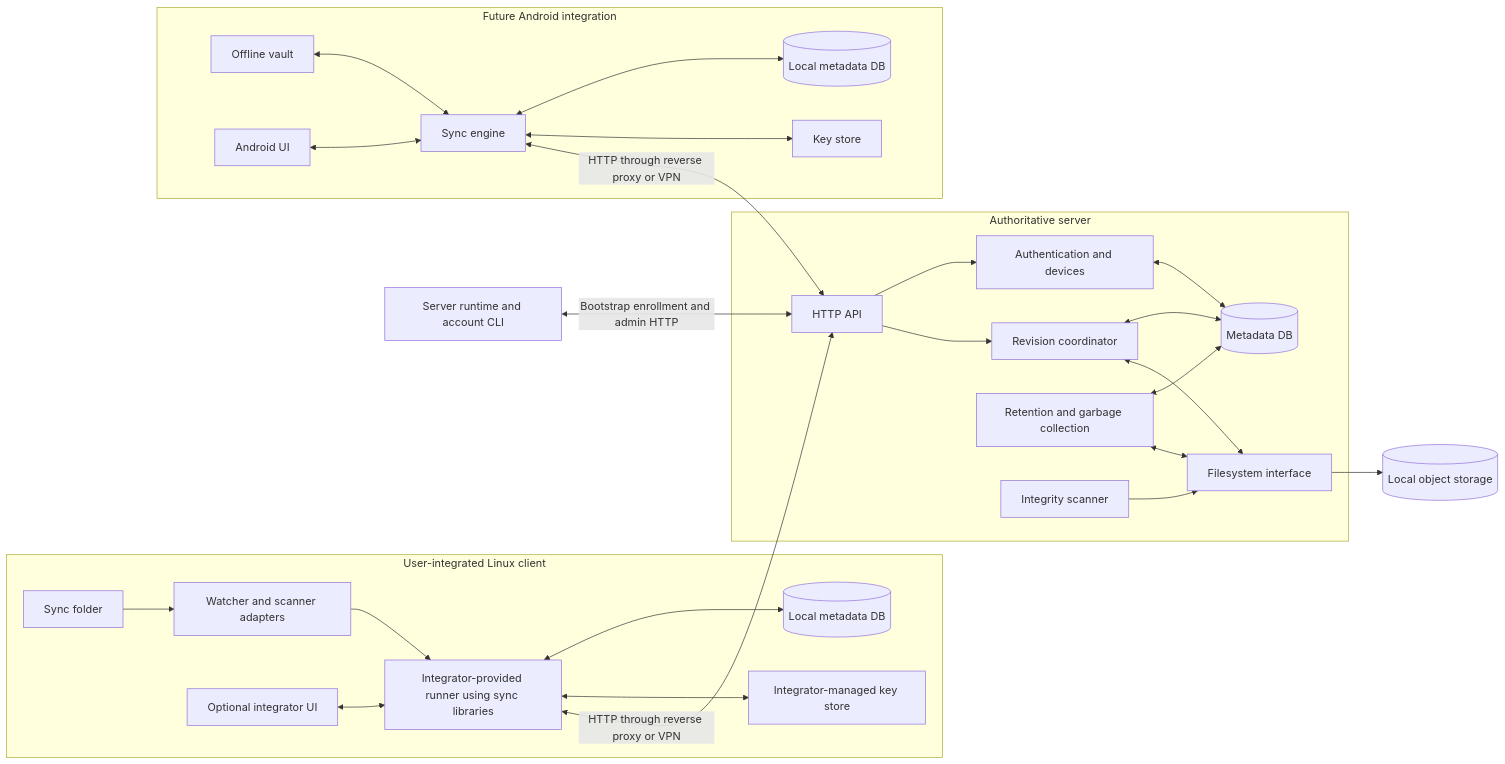
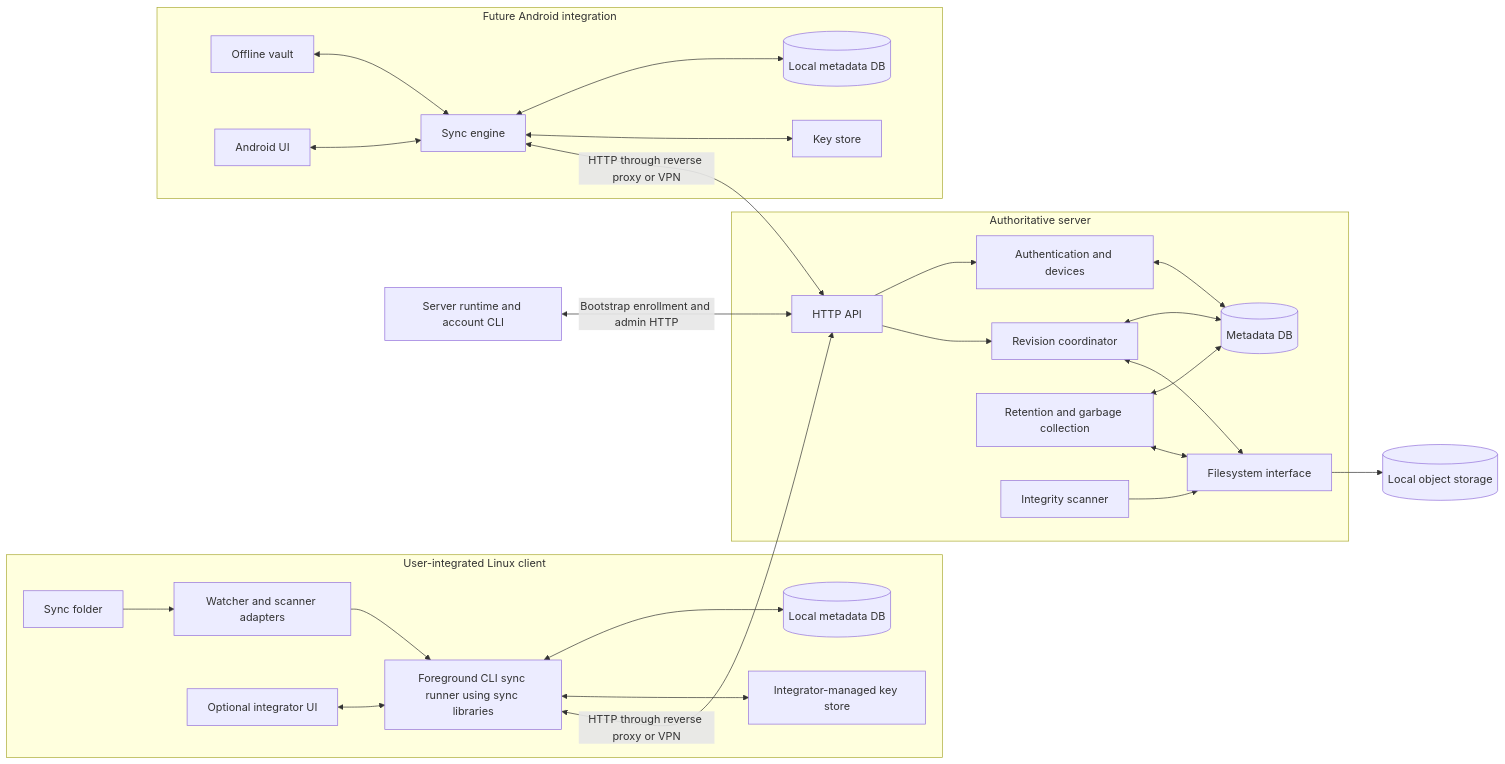
Before and after one commit to FireSquid6/nanosync: the first of 2 diagrams in docs/architecture.md, drawn with Mermaid. The commit also changed other lines of this file and 14 other files, not shown here.

Commit message:
Add foreground one-shot and continuous CLI synchronization

````diff
--- a/docs/architecture.md
+++ b/docs/architecture.md
@@ -7,50 +7,50 @@
 ```mermaid
 flowchart LR
     subgraph Linux[User-integrated Linux client]
         LF[Sync folder]
         LW[Watcher and scanner adapters]
-        LE[Integrator-provided runner using sync libraries]
+        LE[Foreground CLI sync runner using sync libraries]
         LD[(Local metadata DB)]
         LK[Integrator-managed key store]
         LU[Optional integrator UI]
         LF --> LW --> LE
         LE <--> LD
         LE <--> LK
         LU <--> LE
     end
 
     subgraph Android[Future Android integration]
         AF[Offline vault]
         AE[Sync engine]
         AD[(Local metadata DB)]
         AK[Key store]
         AU[Android UI]
         AF <--> AE
         AE <--> AD
         AE <--> AK
         AU <--> AE
     end
 
     subgraph Server[Authoritative server]
         API[HTTP API]
         AUTH[Authentication and devices]
         COORD[Revision coordinator]
         GC[Retention and garbage collection]
         VERIFY[Integrity scanner]
         DB[(Metadata DB)]
         FS[Filesystem interface]
         API --> AUTH
         API --> COORD
         AUTH <--> DB
         COORD <--> DB
         COORD <--> FS
         GC <--> DB
         GC <--> FS
         VERIFY --> FS
     end
 
     LE <-->|HTTP through reverse proxy or VPN| API
     AE <-->|HTTP through reverse proxy or VPN| API
     CLI[Server runtime and account CLI] <-->|Bootstrap enrollment and admin HTTP| API
     FS --> DISK[(Local object storage)]
 ```
````
